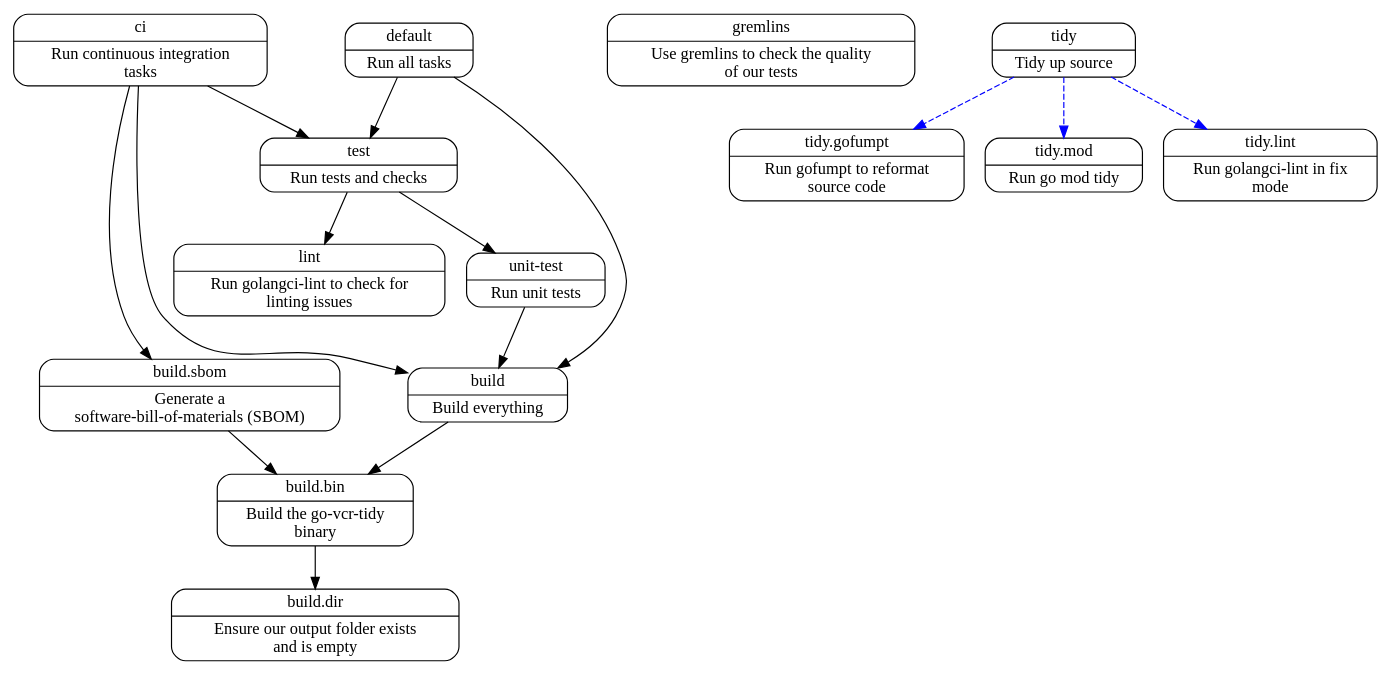
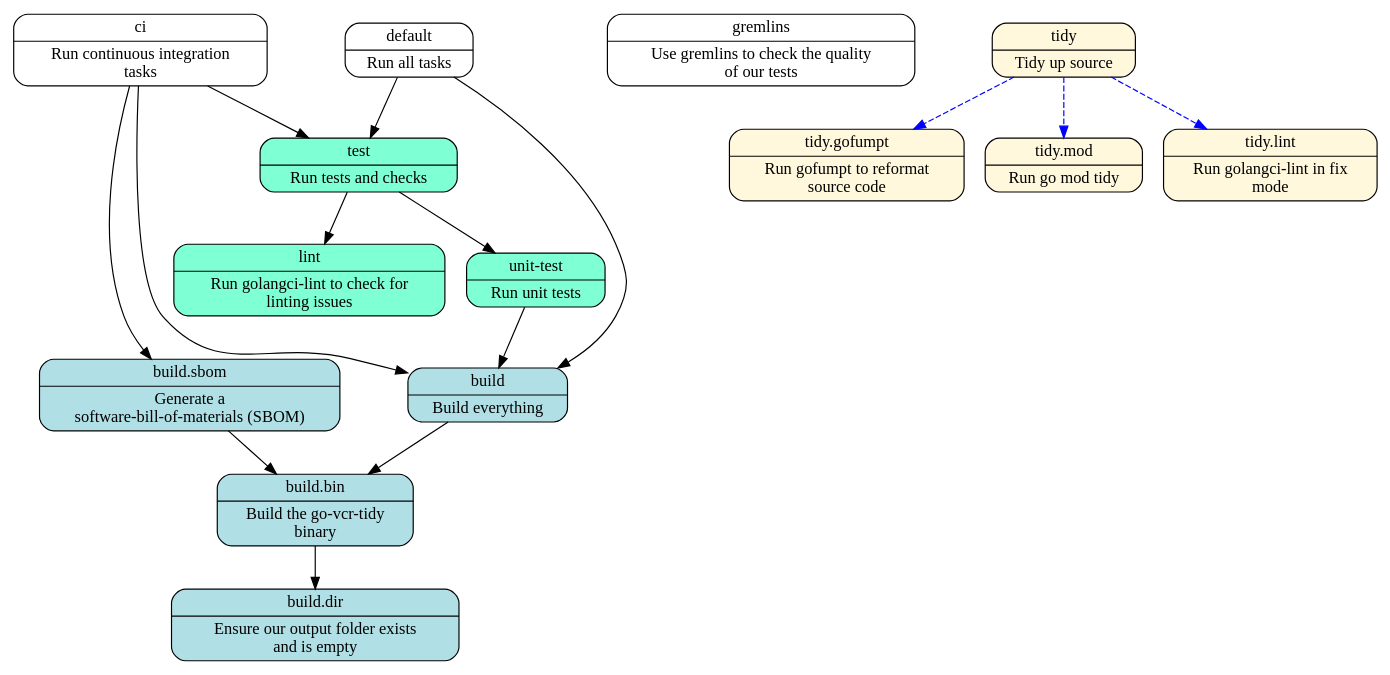
The diagram in samples/go-vcr-tidy.dot (theunrepentantgeek/task-graph), drawn with Graphviz before and after one commit. The commit also changed 9 other files, not shown here.

```diff
--- a/samples/go-vcr-tidy.dot
+++ b/samples/go-vcr-tidy.dot
@@ -1,155 +1,178 @@
 digraph {
   "build" [
     color="black"
+    fillcolor="powderblue"
     label="{build | Build everything}"
     shape="Mrecord"
+    style="filled"
   ]
   "build" -> "build.bin" [
     color="black"
     penwidth="1"
     style="solid"
   ]
   
   "build.bin" [
     color="black"
+    fillcolor="powderblue"
     label="{build.bin | Build the go-vcr-tidy \nbinary}"
     shape="Mrecord"
+    style="filled"
   ]
   "build.bin" -> "build.dir" [
     color="black"
     penwidth="1"
     style="solid"
   ]
   
   "build.dir" [
     color="black"
+    fillcolor="powderblue"
     label="{build.dir | Ensure our output folder exists \nand is empty}"
     shape="Mrecord"
+    style="filled"
   ]
   
   "build.sbom" [
     color="black"
+    fillcolor="powderblue"
     label="{build.sbom | Generate a \nsoftware-bill-of-materials (SBOM)}"
     shape="Mrecord"
+    style="filled"
   ]
   "build.sbom" -> "build.bin" [
     color="black"
     penwidth="1"
     style="solid"
   ]
   
   "ci" [
     color="black"
     label="{ci | Run continuous integration \ntasks}"
     shape="Mrecord"
   ]
   "ci" -> "build" [
     color="black"
     penwidth="1"
     style="solid"
   ]
   "ci" -> "test" [
     color="black"
     penwidth="1"
     style="solid"
   ]
   "ci" -> "build.sbom" [
     color="black"
     penwidth="1"
     style="solid"
   ]
   
   "default" [
     color="black"
     label="{default | Run all tasks}"
     shape="Mrecord"
   ]
   "default" -> "build" [
     color="black"
     penwidth="1"
     style="solid"
   ]
   "default" -> "test" [
     color="black"
     penwidth="1"
     style="solid"
   ]
   
   "gremlins" [
     color="black"
     label="{gremlins | Use gremlins to check the quality \nof our tests}"
     shape="Mrecord"
   ]
   
   "lint" [
     color="black"
+    fillcolor="aquamarine"
     label="{lint | Run golangci-lint to check for \nlinting issues}"
     shape="Mrecord"
+    style="filled"
   ]
   
   "test" [
     color="black"
+    fillcolor="aquamarine"
     label="{test | Run tests and checks}"
     shape="Mrecord"
+    style="filled"
   ]
   "test" -> "unit-test" [
     color="black"
     penwidth="1"
     style="solid"
   ]
   "test" -> "lint" [
     color="black"
     penwidth="1"
     style="solid"
   ]
   
   "tidy" [
     color="black"
+    fillcolor="cornsilk"
     label="{tidy | Tidy up source}"
     shape="Mrecord"
+    style="filled"
   ]
   "tidy" -> "tidy.gofumpt" [
     color="blue"
     penwidth="1"
     style="dashed"
   ]
   "tidy" -> "tidy.mod" [
     color="blue"
     penwidth="1"
     style="dashed"
   ]
   "tidy" -> "tidy.lint" [
     color="blue"
     penwidth="1"
     style="dashed"
   ]
   
   "tidy.gofumpt" [
     color="black"
+    fillcolor="cornsilk"
     label="{tidy.gofumpt | Run gofumpt to reformat \nsource code}"
     shape="Mrecord"
+    style="filled"
   ]
   
   "tidy.lint" [
     color="black"
+    fillcolor="cornsilk"
     label="{tidy.lint | Run golangci-lint in fix \nmode}"
     shape="Mrecord"
+    style="filled"
   ]
   
   "tidy.mod" [
     color="black"
+    fillcolor="cornsilk"
     label="{tidy.mod | Run go mod tidy}"
     shape="Mrecord"
+    style="filled"
   ]
   
   "unit-test" [
     color="black"
+    fillcolor="aquamarine"
     label="{unit-test | Run unit tests}"
     shape="Mrecord"
+    style="filled"
   ]
   "unit-test" -> "build" [
     color="black"
     penwidth="1"
     style="solid"
   ]
+  
 }
```
